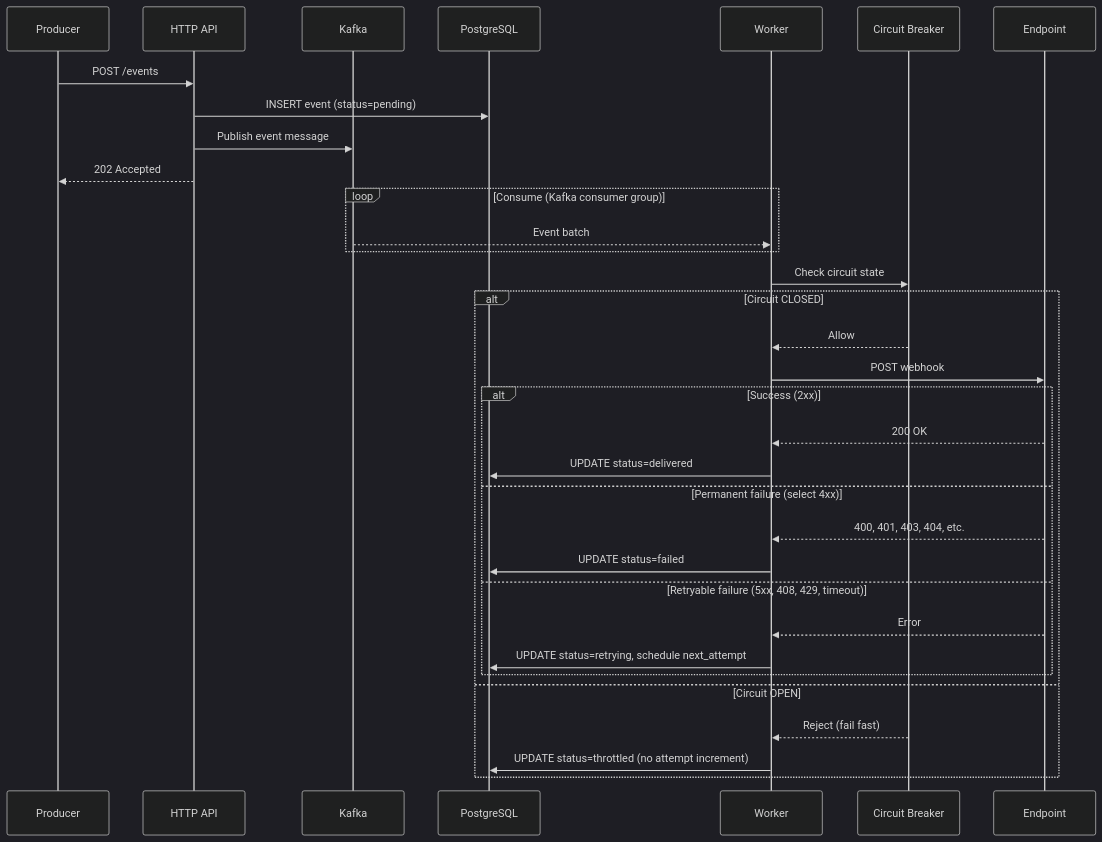
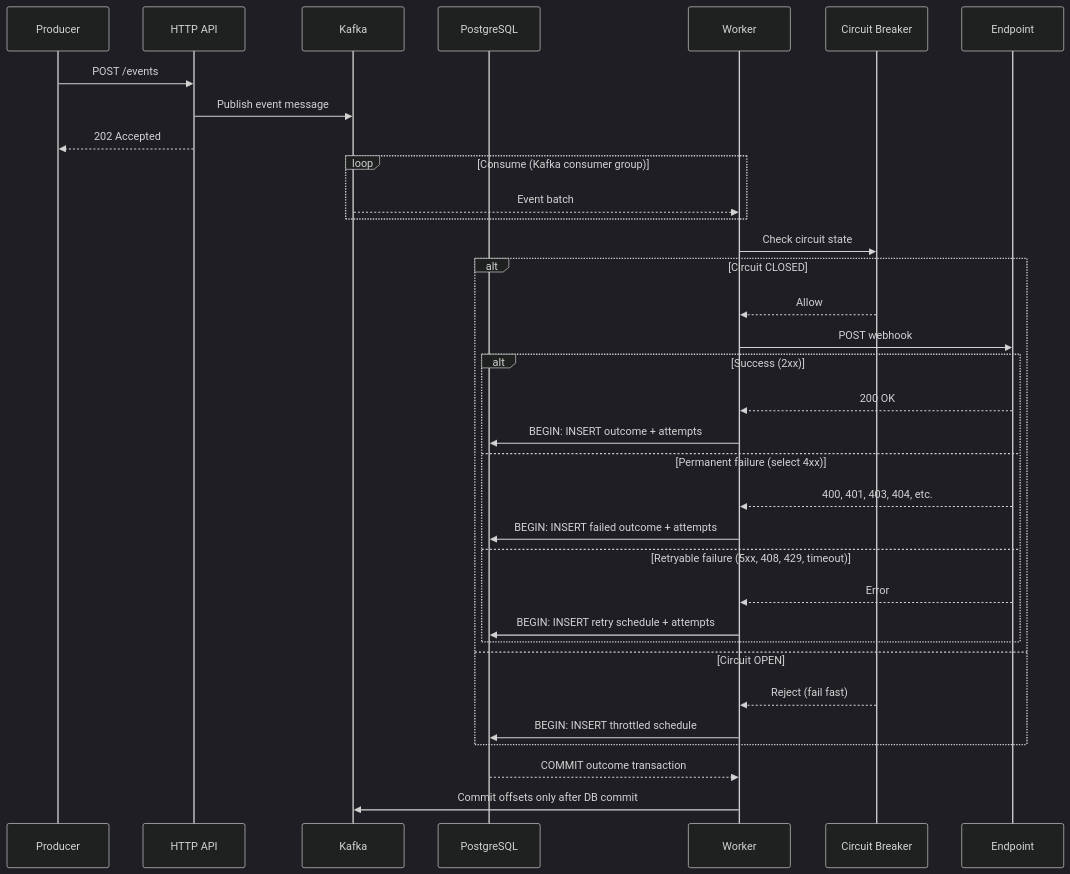
The second of 4 diagrams in docs/spec.md (felipepmaragno/webhook-service), drawn with Mermaid (dark theme) before and after one commit. The commit also changed other lines of this file and 12 other files, not shown here.

````diff
--- a/docs/spec.md
+++ b/docs/spec.md
@@ -77,38 +77,39 @@
 ```mermaid
 sequenceDiagram
     participant P as Producer
     participant API as HTTP API
     participant K as Kafka
     participant DB as PostgreSQL
     participant W as Worker
     participant CB as Circuit Breaker
     participant E as Endpoint
 
     P->>API: POST /events
-    API->>DB: INSERT event (status=pending)
     API->>K: Publish event message
     API-->>P: 202 Accepted
 
     loop Consume (Kafka consumer group)
         K-->>W: Event batch
     end
 
     W->>CB: Check circuit state
     alt Circuit CLOSED
         CB-->>W: Allow
         W->>E: POST webhook
         alt Success (2xx)
             E-->>W: 200 OK
-            W->>DB: UPDATE status=delivered
+            W->>DB: BEGIN: INSERT outcome + attempts
         else Permanent failure (select 4xx)
             E-->>W: 400, 401, 403, 404, etc.
-            W->>DB: UPDATE status=failed
+            W->>DB: BEGIN: INSERT failed outcome + attempts
         else Retryable failure (5xx, 408, 429, timeout)
             E-->>W: Error
-            W->>DB: UPDATE status=retrying, schedule next_attempt
+            W->>DB: BEGIN: INSERT retry schedule + attempts
         end
     else Circuit OPEN
         CB-->>W: Reject (fail fast)
-        W->>DB: UPDATE status=throttled (no attempt increment)
+        W->>DB: BEGIN: INSERT throttled schedule
     end
+    DB-->>W: COMMIT outcome transaction
+    W->>K: Commit offsets only after DB commit
 ```
````
